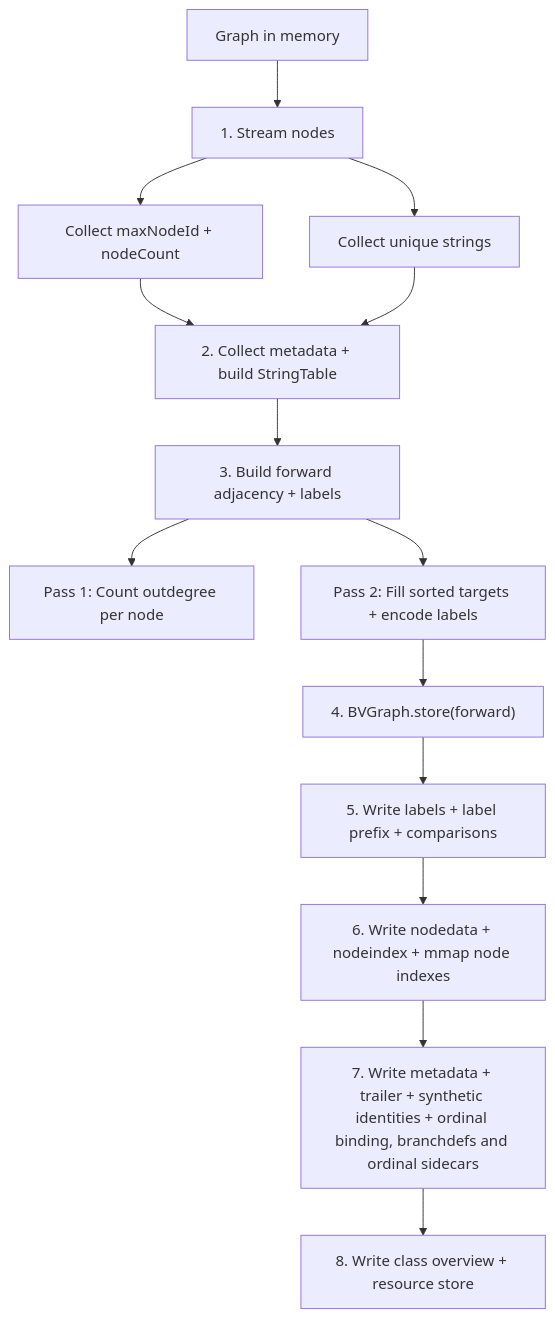
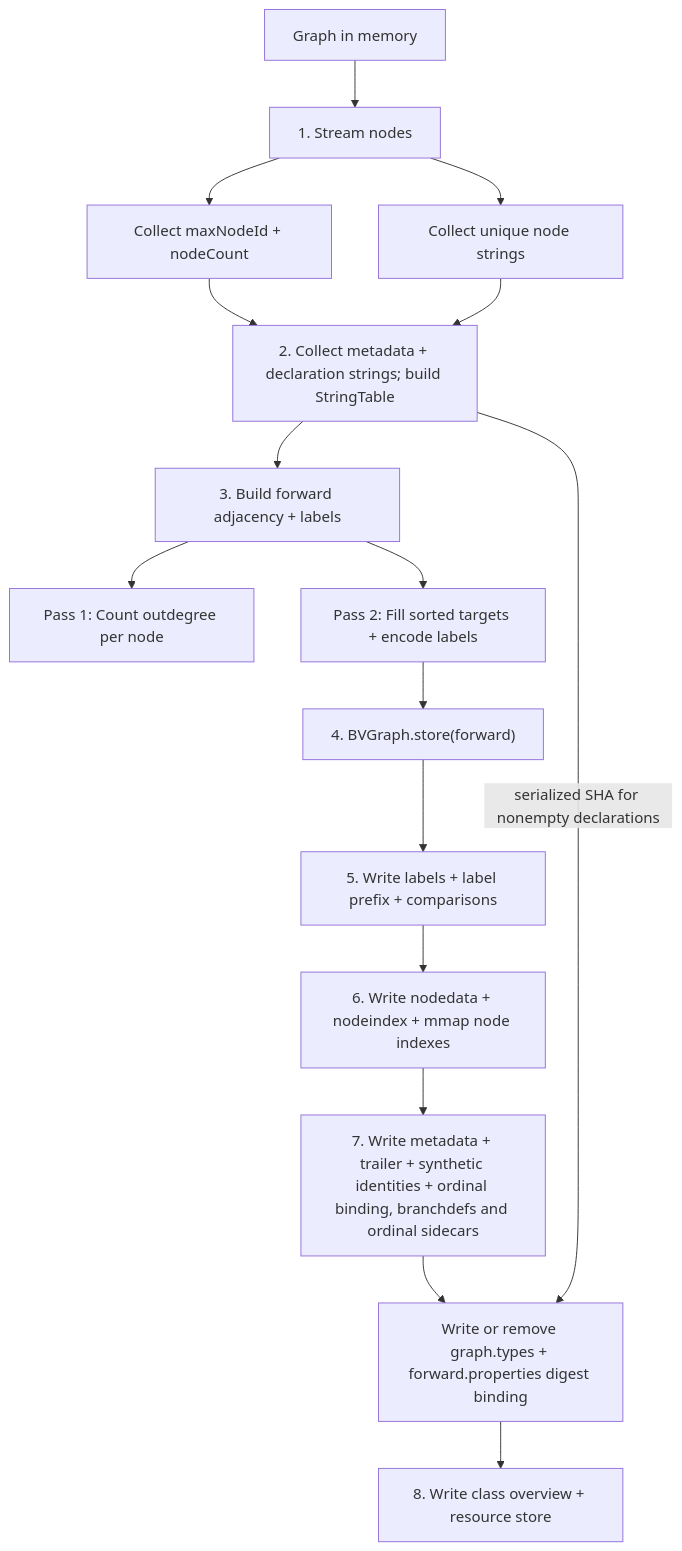
Before and after one commit to johnsonlee/graphite: the third of 4 diagrams in docs/webgraph-storage.md, drawn with Mermaid. The commit also changed other lines of this file and 194 other files, not shown here.

````diff
--- a/docs/webgraph-storage.md
+++ b/docs/webgraph-storage.md
@@ -197,15 +375,17 @@
 ```mermaid
 graph TD
     A[Graph in memory] --> B[1. Stream nodes]
     B --> B1[Collect maxNodeId + nodeCount]
-    B --> B2[Collect unique strings]
-    B1 & B2 --> C[2. Collect metadata + build StringTable]
+    B --> B2[Collect unique node strings]
+    B1 & B2 --> C["2. Collect metadata + declaration strings; build StringTable"]
     C --> D["3. Build forward adjacency + labels"]
     D --> D1["Pass 1: Count outdegree per node"]
     D --> D2["Pass 2: Fill sorted targets + encode labels"]
     D2 --> E["4. BVGraph.store(forward)"]
     E --> F[5. Write labels + label prefix + comparisons]
     F --> G["6. Write nodedata + nodeindex + mmap node indexes"]
     G --> H[7. Write metadata + trailer + synthetic identities + ordinal binding, branchdefs and ordinal sidecars]
-    H --> I[8. Write class overview + resource store]
+    H --> T[Write or remove graph.types + forward.properties digest binding]
+    C -->|"serialized SHA for nonempty declarations"| T
+    T --> I[8. Write class overview + resource store]
 ```
````
